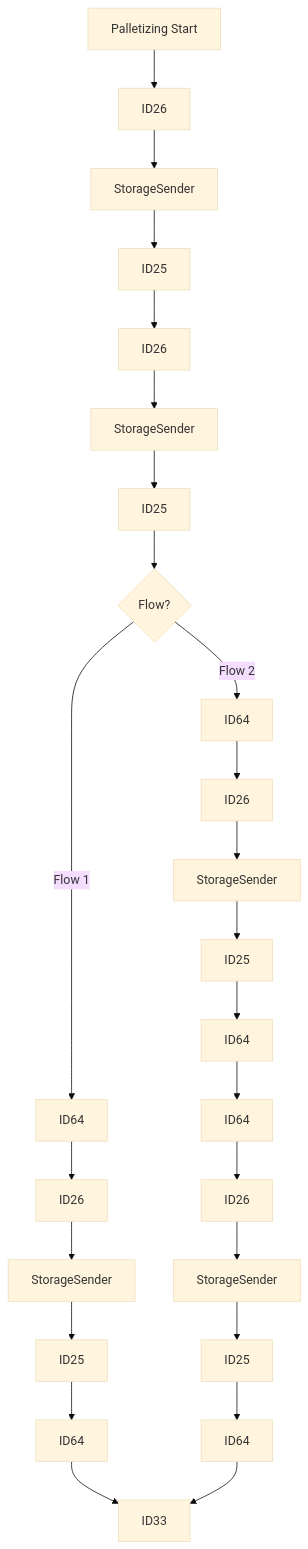
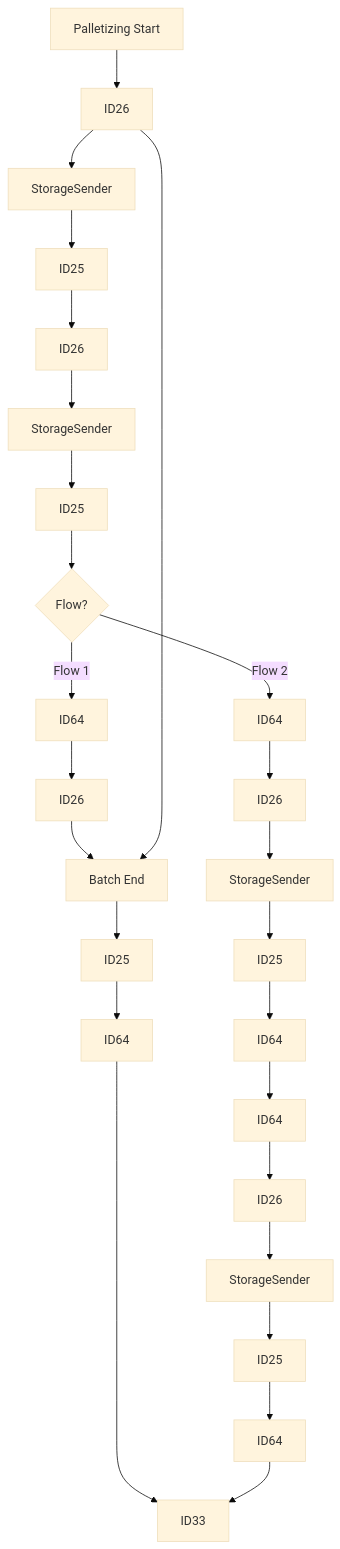
Before and after one commit to luthfiadityaa/SimeDarby-Wiki: the second of 2 diagrams in Basic-Design/DFD-WMS/Storage/Palletizing-Settting.md, drawn with Mermaid (base theme).

Commit message:
Updated Palletizing Settting

```diff
--- a/Basic-Design/DFD-WMS/Storage/Palletizing-Settting.md
+++ b/Basic-Design/DFD-WMS/Storage/Palletizing-Settting.md
@@ -17,14 +17,15 @@
 ::: mermaid
 flowchart TD  
 P1[Palletizing Start]-->P2[ID26]-->P3[StorageSender]-->P4[ID25]
 P4[ID25]-->P5[ID26]-->P6[StorageSender]-->P7[ID25]
 P7[ID25]-->Cond1{Flow?} 
 Cond1 --> |Flow 1| P8[ID64]
 Cond1 --> |Flow 2| P9[ID64]
 P8[ID64]-->P10[ID26]-->P11[StorageSender]-->P12[ID25]-->P13[ID64]
 P9[ID64]-->P15[ID26]-->P16[StorageSender]-->P17[ID25]-->P18[ID64]-->P19[ID64]-->P20[ID26]-->P21[StorageSender]-->P22[ID25]-->P23[ID64]
 
+P2[ID26]-->P11[Batch End]
 
 P13[ID64]-->P14[ID33]
 P23[ID64]-->P14[ID33]
 :::
```
